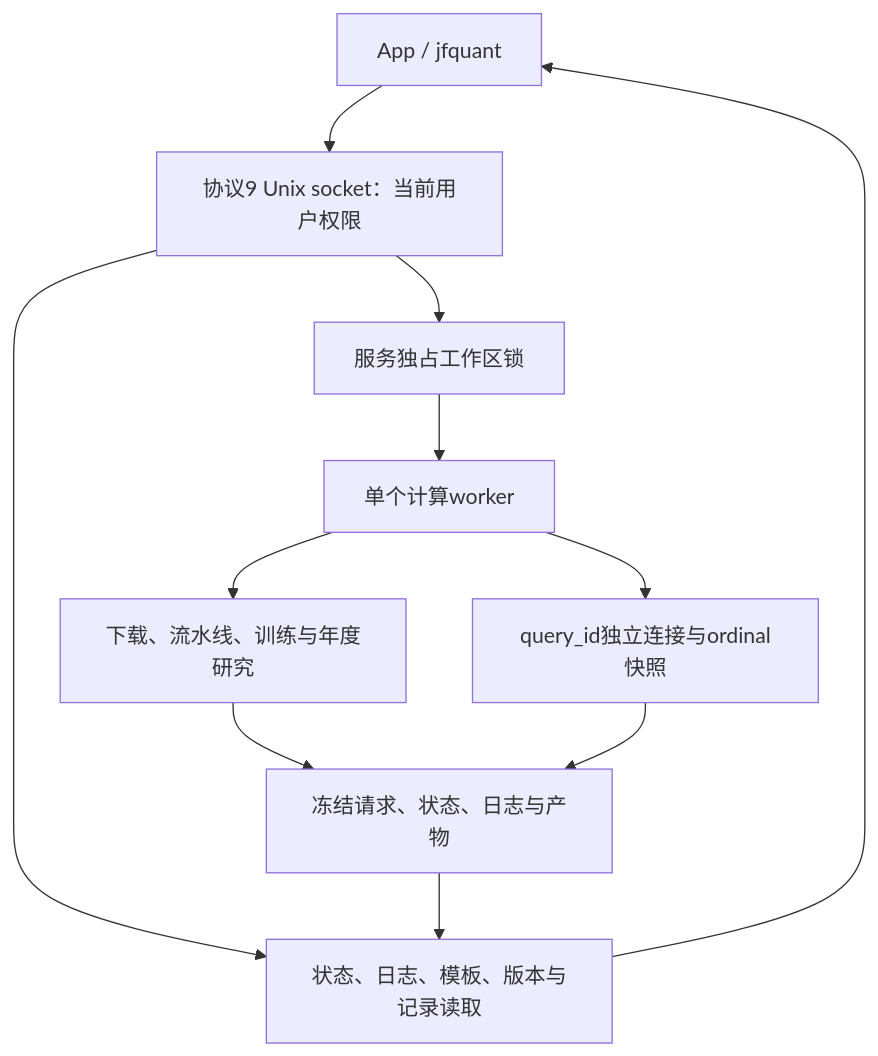
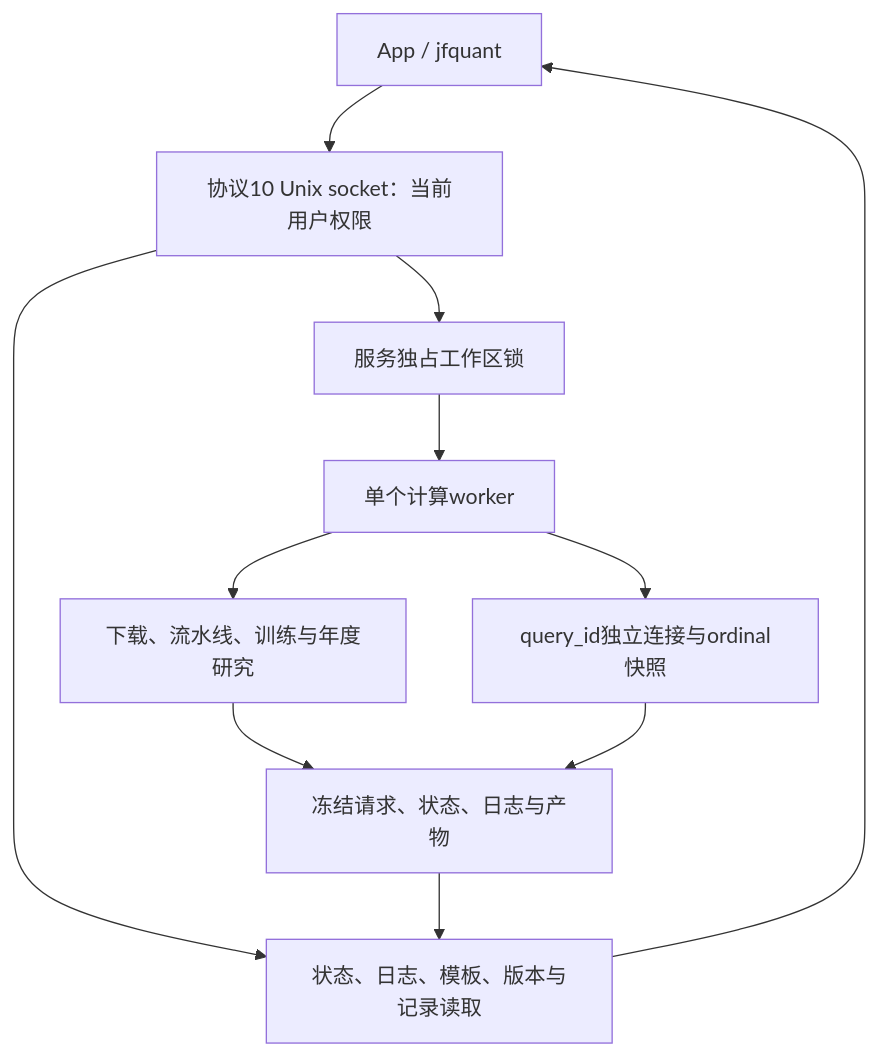
Before and after one commit to Dennishaha/JFQuant: the second of 5 diagrams in crates/workflow/src/README.md, drawn with Mermaid. The commit also changed other lines of this file and 77 other files, not shown here.

````diff
--- a/crates/workflow/src/README.md
+++ b/crates/workflow/src/README.md
@@ -42,13 +42,13 @@
 ```mermaid
 flowchart TD
-  CLIENT["App / jfquant"] --> RPC["协议9 Unix socket：当前用户权限"]
+  CLIENT["App / jfquant"] --> RPC["协议10 Unix socket：当前用户权限"]
   RPC --> LOCK["服务独占工作区锁"]
   RPC --> CONTROL["状态、日志、模板、版本与记录读取"]
   LOCK --> WORKER["单个计算worker"]
   WORKER --> QUERY["query_id独立连接与ordinal快照"]
   WORKER --> PIPE["下载、流水线、训练与年度研究"]
   PIPE --> DISK["冻结请求、状态、日志与产物"]
   QUERY --> DISK
   DISK --> CONTROL
   CONTROL --> CLIENT
 ```
````
